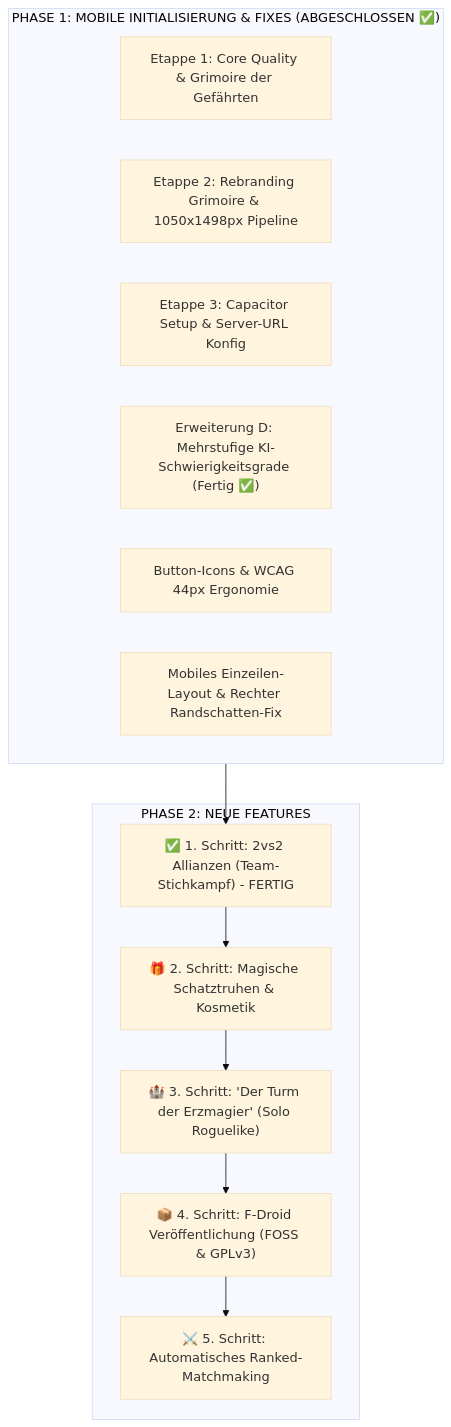
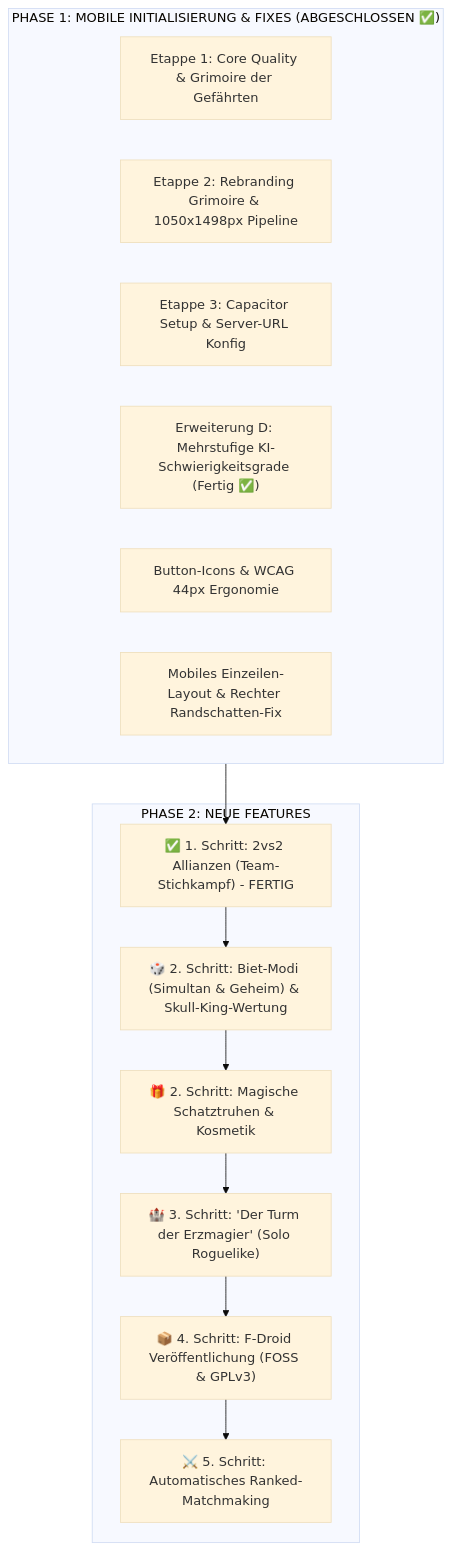
One commit to Apfeltaeschchen/wizard-game changed the diagram in ROADMAP.md. Above: the diagram before and after it, drawn with Mermaid (base theme). The commit also changed other lines of this file and 8 other files, not shown here.

Commit message:
feat: responsive hand cards, host settings modal, skull king 0-bid rule, swapped trick display and unicorn fixes

````diff
--- a/ROADMAP.md
+++ b/ROADMAP.md
@@ -54,21 +54,22 @@
 ```mermaid
 flowchart TD
     subgraph P1["PHASE 1: MOBILE INITIALISIERUNG & FIXES (ABGESCHLOSSEN ✅)"]
         E3_1["Etappe 1: Core Quality & Grimoire der Gefährten"]
         E3_2["Etappe 2: Rebranding Grimoire & 1050x1498px Pipeline"]
         E3_3["Etappe 3: Capacitor Setup & Server-URL Konfig"]
         S2D["Erweiterung D: Mehrstufige KI-Schwierigkeitsgrade (Fertig ✅)"]
         P_ICONS["Button-Icons & WCAG 44px Ergonomie"]
         P_MOB["Mobiles Einzeilen-Layout & Rechter Randschatten-Fix"]
     end
 
     subgraph P2["PHASE 2: NEUE FEATURES"]
         S_2V2["✅ 1. Schritt: 2vs2 Allianzen (Team-Stichkampf) - FERTIG"]
+        S_BID["🎲 2. Schritt: Biet-Modi (Simultan & Geheim) & Skull-King-Wertung"]
         S_LOOT["🎁 2. Schritt: Magische Schatztruhen & Kosmetik"]
         S_TOWER["🏰 3. Schritt: 'Der Turm der Erzmagier' (Solo Roguelike)"]
         S_FDROID["📦 4. Schritt: F-Droid Veröffentlichung (FOSS & GPLv3)"]
         S_RANKED["⚔️ 5. Schritt: Automatisches Ranked-Matchmaking"]
     end
 
-    P1 --> S_2V2 --> S_LOOT --> S_TOWER --> S_FDROID --> S_RANKED
+    P1 --> S_2V2 --> S_BID --> S_LOOT --> S_TOWER --> S_FDROID --> S_RANKED
 ```
````
